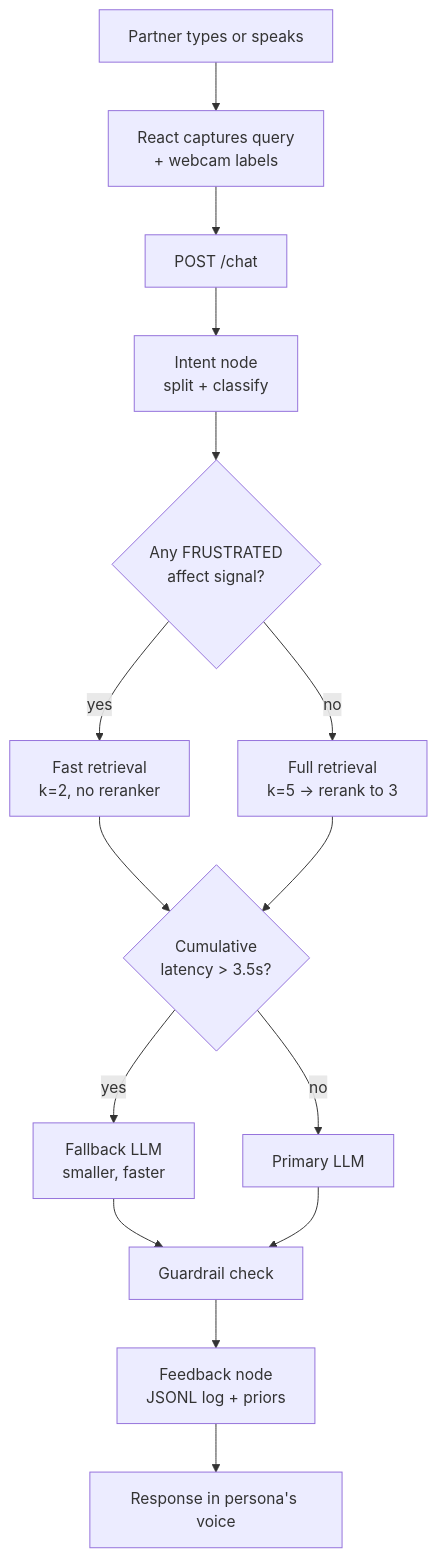
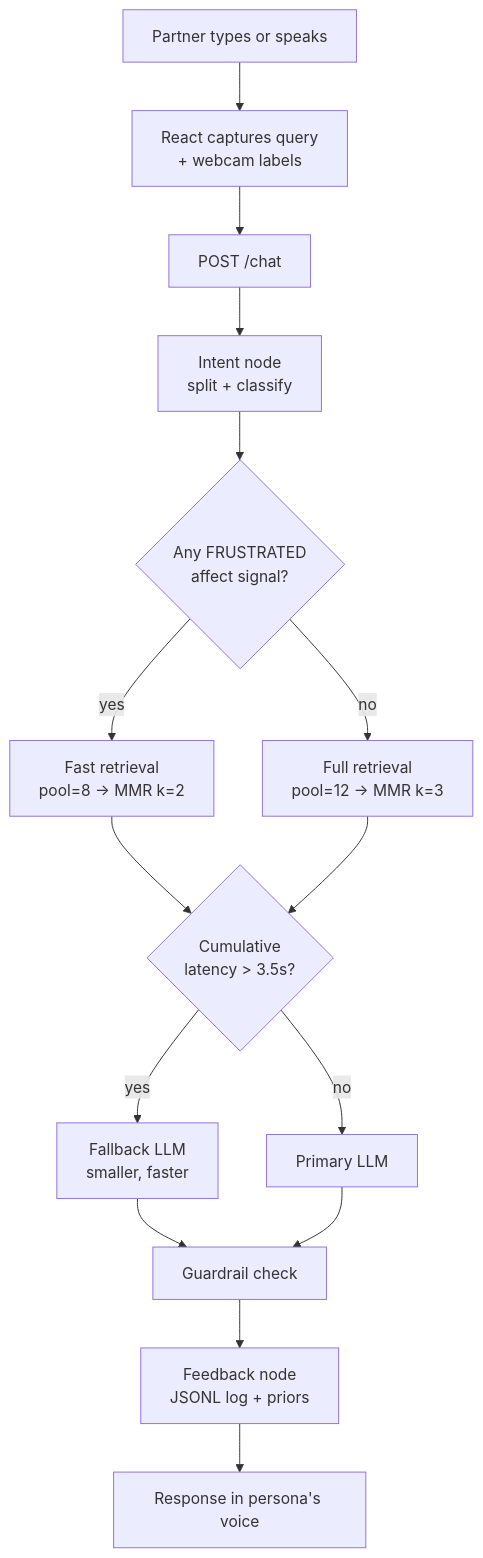
The second of 4 diagrams in README.md (akashkolte/multimodal_aac_chatbot), drawn with Mermaid before and after one commit. The commit also changed other lines of this file and 4 other files, not shown here.

````diff
--- a/README.md
+++ b/README.md
@@ -121,17 +122,17 @@
 ```mermaid
 flowchart TD
     A[Partner types or speaks] --> B[React captures query<br/>+ webcam labels]
     B --> C[POST /chat]
     C --> D[Intent node<br/>split + classify]
     D --> E{Any FRUSTRATED<br/>affect signal?}
-    E -- yes --> F[Fast retrieval<br/>k=2, no reranker]
-    E -- no --> G[Full retrieval<br/>k=5 → rerank to 3]
+    E -- yes --> F[Fast retrieval<br/>pool=8 → MMR k=2]
+    E -- no --> G[Full retrieval<br/>pool=12 → MMR k=3]
     F --> H{Cumulative<br/>latency &gt; 3.5s?}
     G --> H
     H -- yes --> I[Fallback LLM<br/>smaller, faster]
     H -- no --> J[Primary LLM]
     I --> K[Guardrail check]
     J --> K
     K --> L[Feedback node<br/>JSONL log + priors]
     L --> M[Response in persona's voice]
 ```
````
